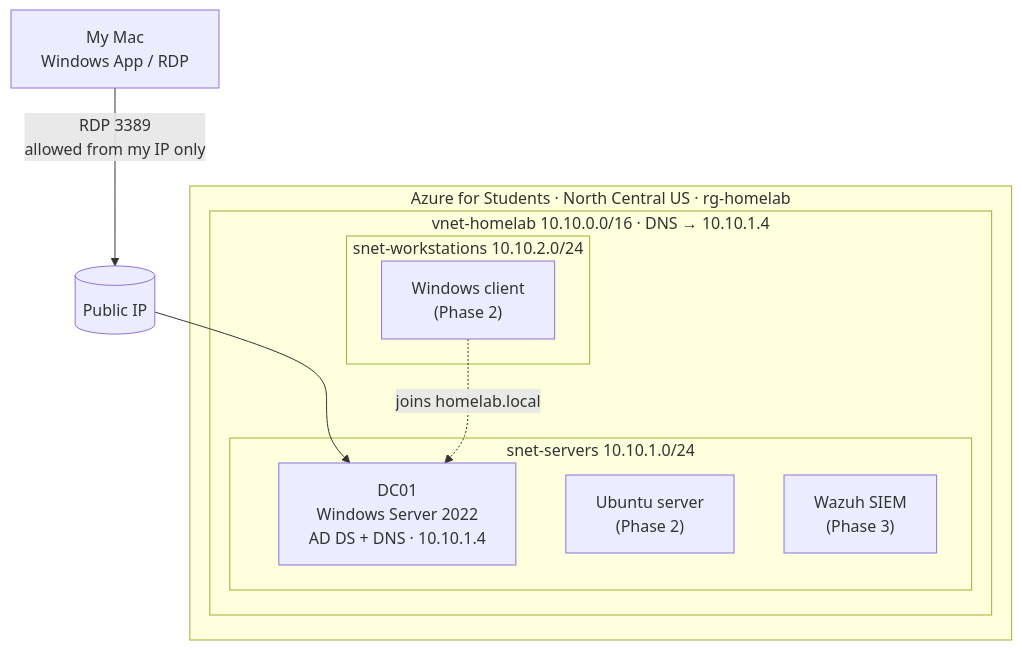
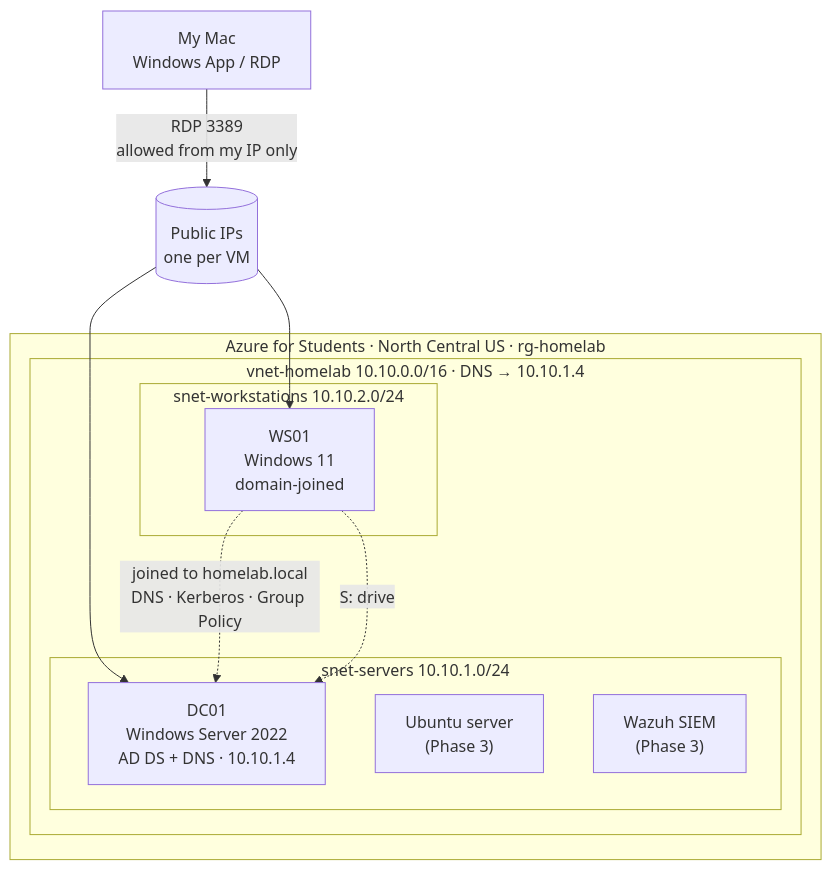
One commit to tbabaria24-bit/azure-homelab changed the diagram in README.md. Above: the diagram before and after it, drawn with Mermaid. The commit also changed other lines of this file and 6 other files, not shown here.

First line of the commit message:
Phase 2 complete: workstation, Group Policy and help desk tickets

````diff
--- a/README.md
+++ b/README.md
@@ -14,18 +14,20 @@
 ```mermaid
 flowchart TB
-    me[My Mac<br/>Windows App / RDP] -- "RDP 3389<br/>allowed from my IP only" --> pip[(Public IP)]
+    me[My Mac<br/>Windows App / RDP] -- "RDP 3389<br/>allowed from my IP only" --> pip[(Public IPs<br/>one per VM)]
     subgraph azure["Azure for Students · North Central US · rg-homelab"]
         subgraph vnet["vnet-homelab 10.10.0.0/16 · DNS → 10.10.1.4"]
             subgraph servers["snet-servers 10.10.1.0/24"]
                 dc01["DC01<br/>Windows Server 2022<br/>AD DS + DNS · 10.10.1.4"]
-                lnx["Ubuntu server<br/>(Phase 2)"]
+                lnx["Ubuntu server<br/>(Phase 3)"]
                 siem["Wazuh SIEM<br/>(Phase 3)"]
             end
             subgraph ws["snet-workstations 10.10.2.0/24"]
-                client["Windows client<br/>(Phase 2)"]
+                ws01["WS01<br/>Windows 11<br/>domain-joined"]
             end
         end
     end
     pip --> dc01
-    client -. "joins homelab.local" .-> dc01
+    pip --> ws01
+    ws01 -. "joined to homelab.local<br/>DNS · Kerberos · Group Policy" .-> dc01
+    ws01 -. "S: drive" .-> dc01
 ```
````
